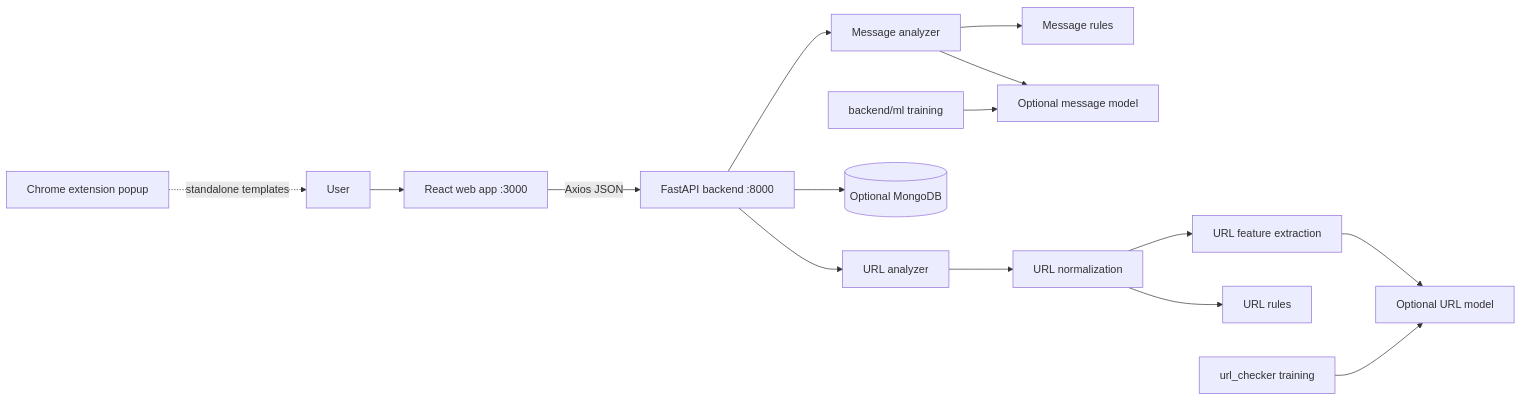
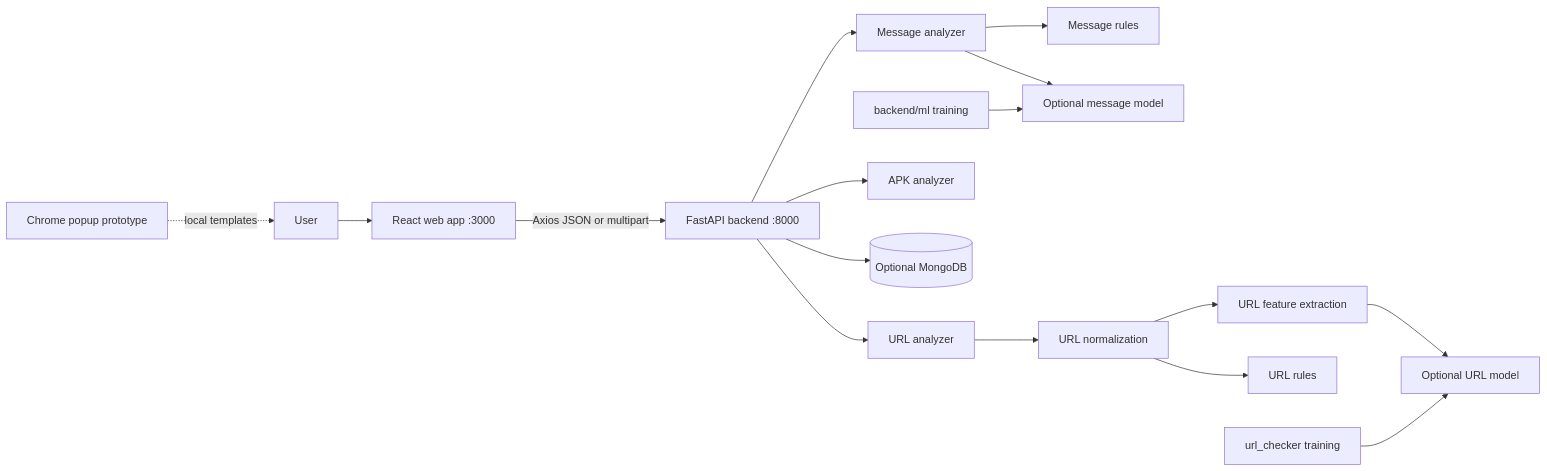
The diagram in ARCHITECTURE.md (Gaurav1505789/Safeshield), drawn with Mermaid before and after one commit. The commit also changed other lines of this file and 2 other files, not shown here.

````diff
--- a/ARCHITECTURE.md
+++ b/ARCHITECTURE.md
@@ -7,17 +7,18 @@
 ```mermaid
 flowchart LR
     User[User] --> Web[React web app :3000]
-    Web -->|Axios JSON| API[FastAPI backend :8000]
+    Web -->|Axios JSON or multipart| API[FastAPI backend :8000]
     API --> Message[Message analyzer]
-    Message --> Rules[Message rules]
+    API --> URL[URL analyzer]
+    API --> APK[APK analyzer]
+    Message --> MessageRules[Message rules]
     Message --> MessageML[Optional message model]
-    API --> URL[URL analyzer]
     URL --> Normalize[URL normalization]
-    Normalize --> Features[URL feature extraction]
-    Features --> URLML[Optional URL model]
+    Normalize --> URLFeatures[URL feature extraction]
     Normalize --> URLRules[URL rules]
+    URLFeatures --> URLML[Optional URL model]
     API --> Mongo[(Optional MongoDB)]
     TrainMsg[backend/ml training] --> MessageML
     TrainURL[url_checker training] --> URLML
-    Extension[Chrome extension popup] -. standalone templates .-> User
+    Extension[Chrome popup prototype] -. local templates .-> User
 ```
````
